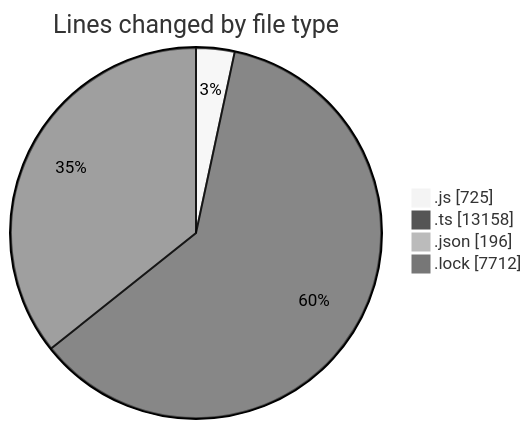
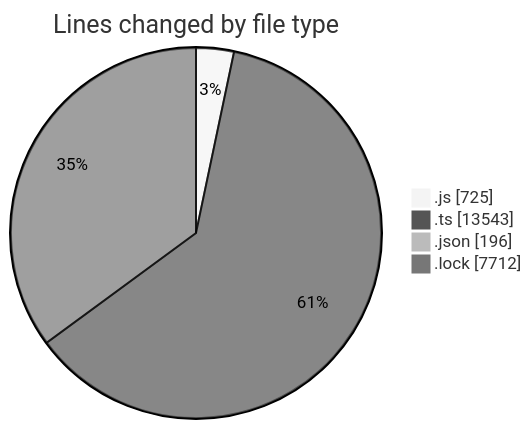
One commit to momahboobian/code-tracking changed the first of 2 diagrams in 2025-05-29/cda/README.md. Above: the diagram before and after it, drawn with Mermaid (neutral theme). The commit also changed other lines of this file and 1 other file, not shown here.

````diff
--- a/2025-05-29/cda/README.md
+++ b/2025-05-29/cda/README.md
@@ -35,8 +36,8 @@
 ```mermaid
 pie showData
 title Lines changed by file type
 ".js" : 725
-".ts" : 13158
+".ts" : 13543
 ".json" : 196
 ".lock" : 7712
 ```
````
